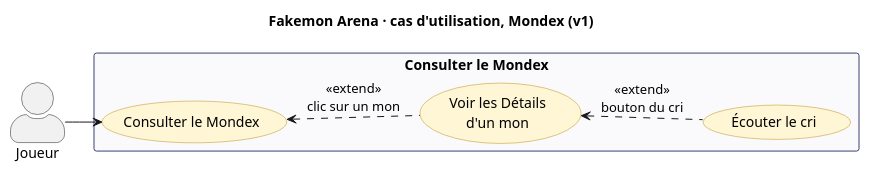
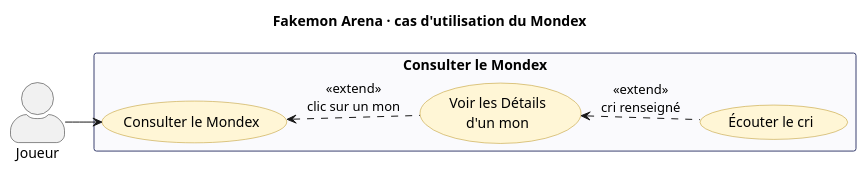
The diagram in docs/uml/cu-mondex.puml (OnerAliCan/fakemon-arena), drawn with PlantUML before and after one commit. The commit also changed 63 other files, not shown here.

First line of the commit message:
feat: ajoute le Mondex et les fiches détaillées des Fakemon (#45) (#71)

```diff
--- a/docs/uml/cu-mondex.puml
+++ b/docs/uml/cu-mondex.puml
@@ -1,27 +1,27 @@
 @startuml cu-mondex
 !pragma layout smetana
 left to right direction
 skinparam actorStyle awesome
 skinparam defaultFontName Segoe UI
 skinparam usecase {
   BackgroundColor #FFF6D6
   BorderColor #B8901A
 }
 skinparam rectangle {
   BorderColor #3A4170
   BackgroundColor #FAFAFD
 }
-title Fakemon Arena · cas d'utilisation, Mondex (v1)
+title Fakemon Arena · cas d'utilisation du Mondex
 
 actor "Joueur" as joueur
 
 rectangle "Consulter le Mondex" {
   usecase "Consulter le Mondex" as mondex
   usecase "Écouter le cri" as ecouter
   usecase "Voir les Détails\nd'un mon" as details
 }
 
 joueur --> mondex
 mondex <.. details : <<extend>>\nclic sur un mon
-details <.. ecouter : <<extend>>\nbouton du cri
+details <.. ecouter : <<extend>>\ncri renseigné
 @enduml
```
